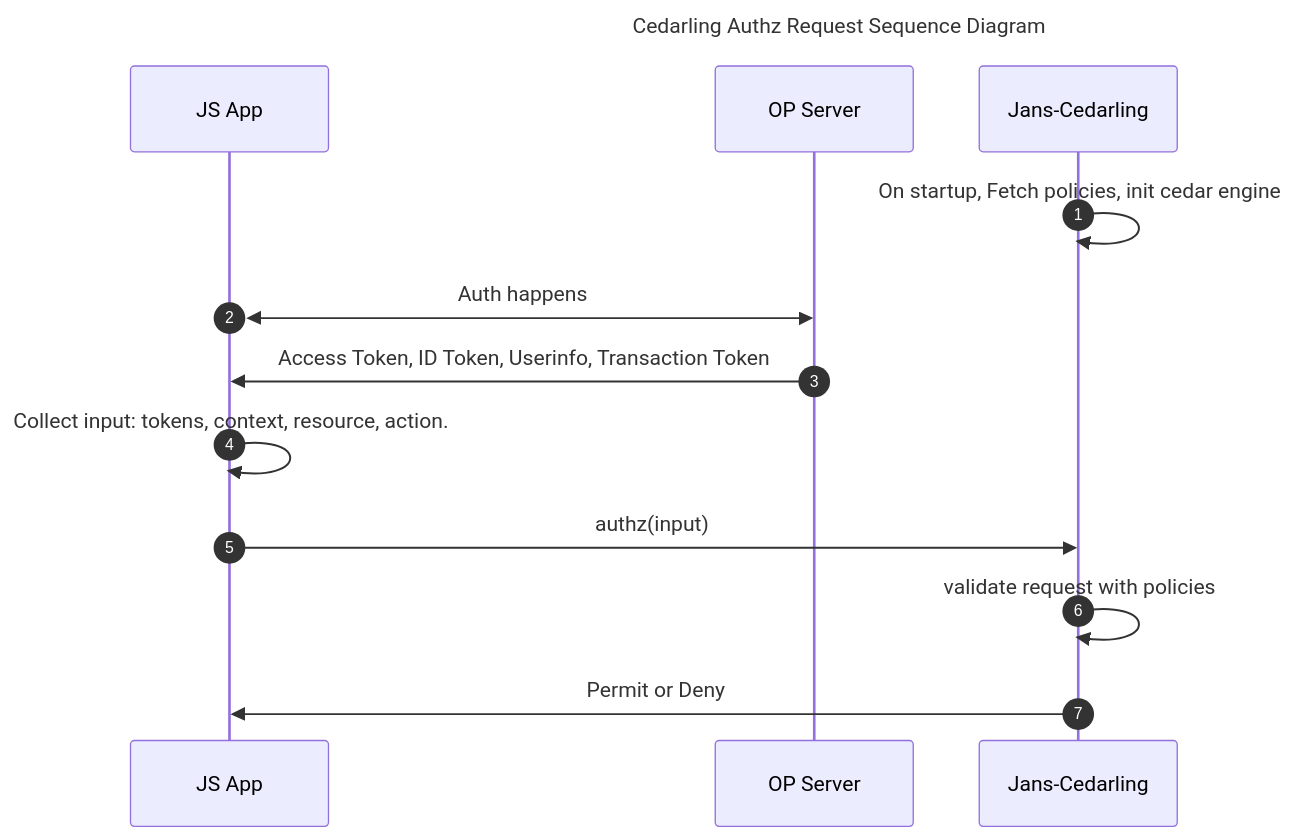
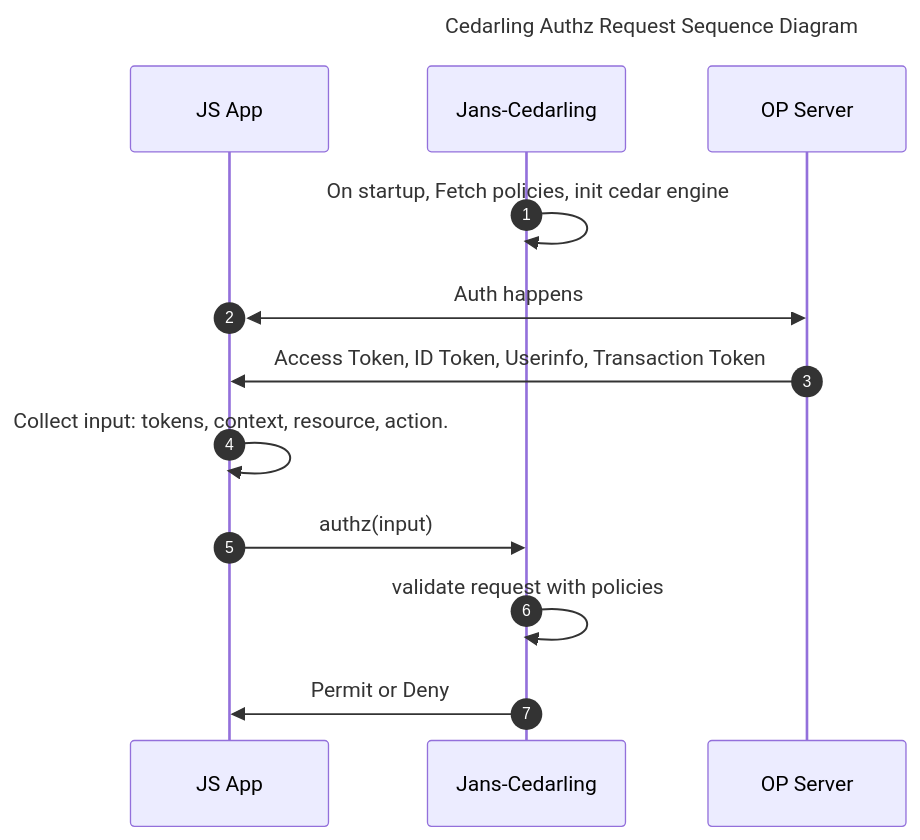
The diagram in cederling/react/react-role-based-authorization.md (GluuFederation/tutorials), drawn with Mermaid before and after one commit. The commit also changed other lines of this file and 1 other file, not shown here.

Commit message:
docs: update react cedarling docs

````diff
--- a/cederling/react/react-role-based-authorization.md
+++ b/cederling/react/react-role-based-authorization.md
@@ -36,18 +36,18 @@
 ```mermaid
 sequenceDiagram
 
 title Cedarling Authz Request Sequence Diagram
 
 participant jsapp as JS App
+participant cedarling as Jans-Cedarling
 participant op as OP Server
-participant cedarling as Jans-Cedarling
 
 autonumber
 cedarling->>cedarling: On startup, Fetch policies, init cedar engine
 jsapp<<->>op: Auth happens
 op->>jsapp: Access Token, ID Token, Userinfo, Transaction Token
 jsapp->>jsapp: Collect input: tokens, context, resource, action.
 jsapp->>cedarling: authz(input)
 cedarling->>cedarling: validate request with policies
 cedarling->>jsapp: Permit or Deny
 ```
````
